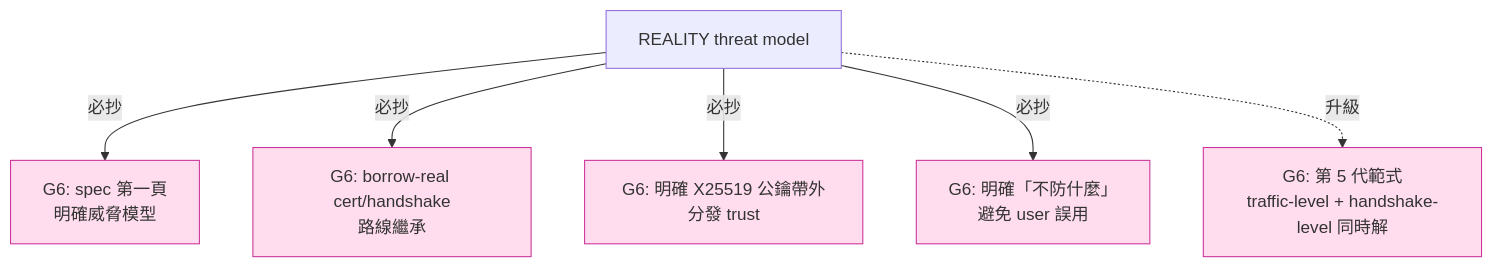
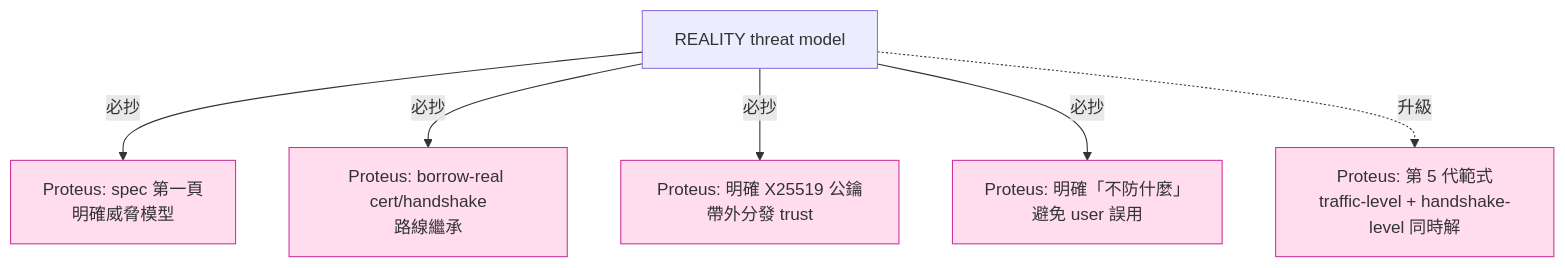
One commit to Icarus603/network-from-scratch changed the fourth of 4 diagrams in lessons/part-7-proxy-protocols/7.10-reality-threat-model.md. Above: the diagram before and after it, drawn with Mermaid. The commit also changed other lines of this file and 300 other files, not shown here.

````diff
--- a/lessons/part-7-proxy-protocols/7.10-reality-threat-model.md
+++ b/lessons/part-7-proxy-protocols/7.10-reality-threat-model.md
@@ -480,12 +480,12 @@
 ```mermaid
 flowchart TD
     REAL_THM[REALITY threat model]
-    REAL_THM -- 必抄 --> G_THM[G6: spec 第一頁<br/>明確威脅模型]
-    REAL_THM -- 必抄 --> G_BORROW[G6: borrow-real cert/handshake<br/>路線繼承]
-    REAL_THM -- 必抄 --> G_TRUST[G6: 明確 X25519 公鑰帶外分發 trust]
-    REAL_THM -- 必抄 --> G_LIMITS[G6: 明確「不防什麼」<br/>避免 user 誤用]
-    REAL_THM -. 升級 .-> G_5GEN[G6: 第 5 代範式<br/>traffic-level + handshake-level 同時解]
+    REAL_THM -- 必抄 --> G_THM[Proteus: spec 第一頁<br/>明確威脅模型]
+    REAL_THM -- 必抄 --> G_BORROW[Proteus: borrow-real cert/handshake<br/>路線繼承]
+    REAL_THM -- 必抄 --> G_TRUST[Proteus: 明確 X25519 公鑰帶外分發 trust]
+    REAL_THM -- 必抄 --> G_LIMITS[Proteus: 明確「不防什麼」<br/>避免 user 誤用]
+    REAL_THM -. 升級 .-> G_5GEN[Proteus: 第 5 代範式<br/>traffic-level + handshake-level 同時解]
 
     classDef ours fill:#fde,stroke:#c39
     class G_THM,G_BORROW,G_TRUST,G_LIMITS,G_5GEN ours
 ```
````
